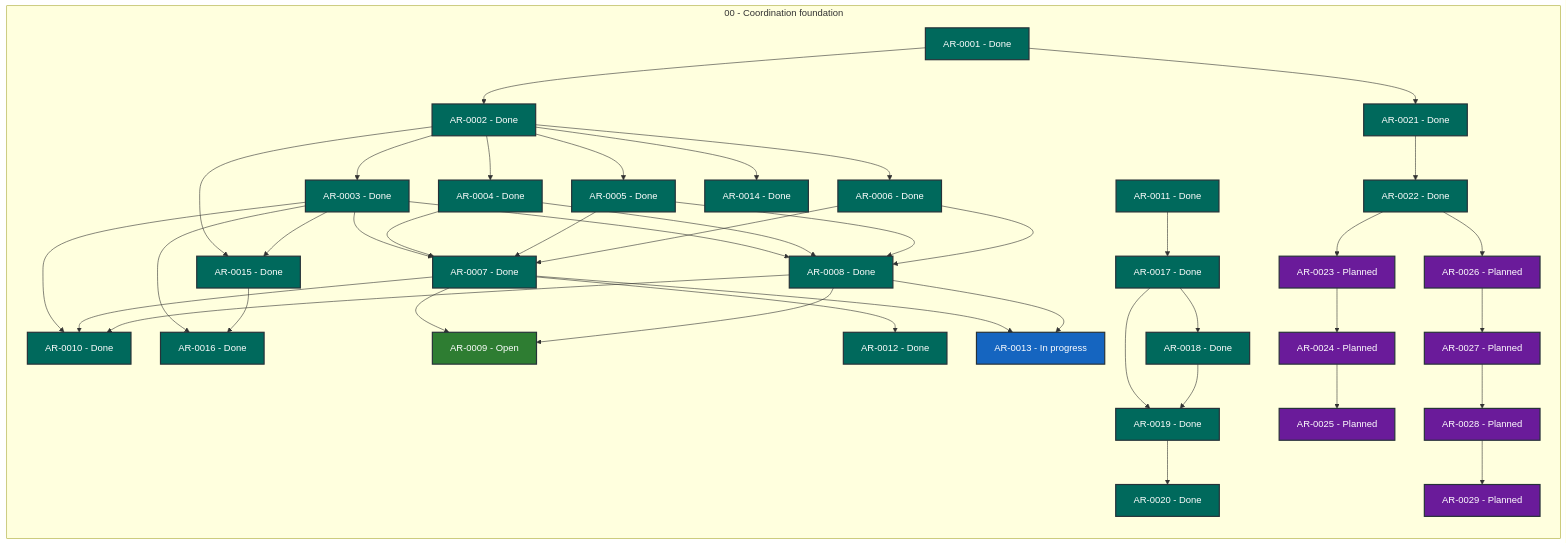
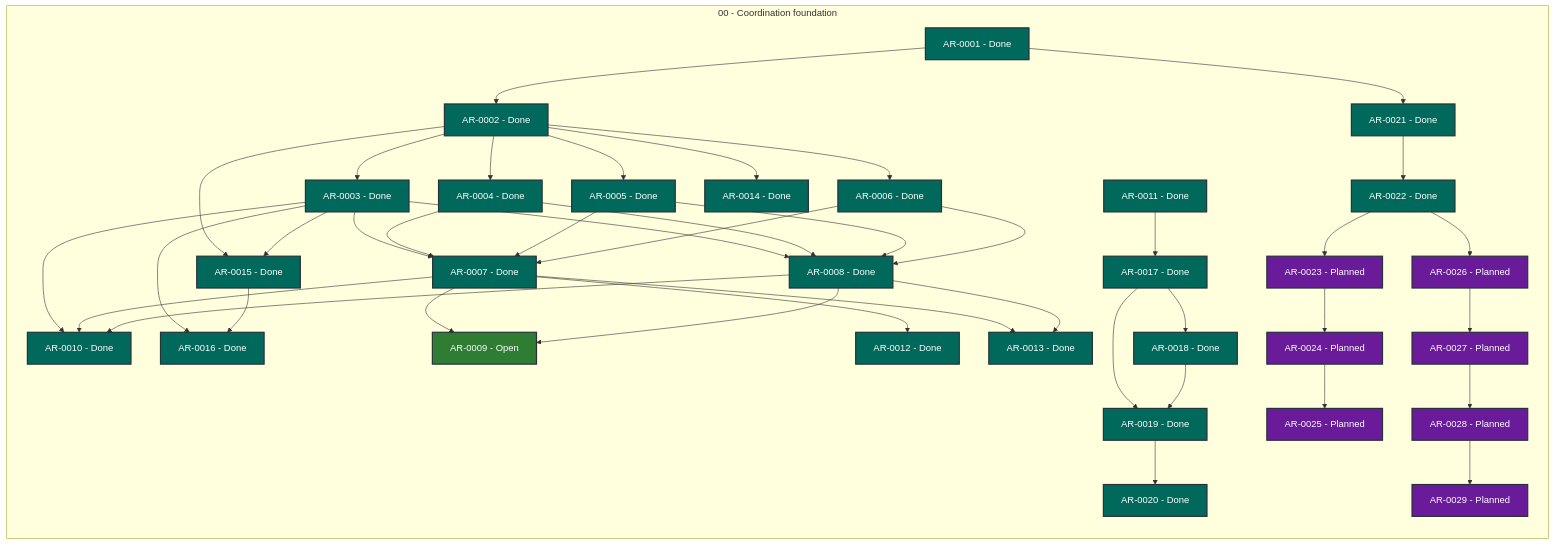
One commit to martin-beck/agent-workflow-coordinator-state changed the diagram in STATUS.md. Above: the diagram before and after it, drawn with Mermaid. The commit also changed other lines of this file and 2 other files, not shown here.

```diff
--- a/STATUS.md
+++ b/STATUS.md
@@ -40,7 +40,7 @@
         AR_0010["AR-0010 - Done"]:::status_done
         AR_0011["AR-0011 - Done"]:::status_done
         AR_0012["AR-0012 - Done"]:::status_done
-        AR_0013["AR-0013 - In progress"]:::status_in_progress
+        AR_0013["AR-0013 - Done"]:::status_done
         AR_0014["AR-0014 - Done"]:::status_done
         AR_0015["AR-0015 - Done"]:::status_done
         AR_0016["AR-0016 - Done"]:::status_done
```
